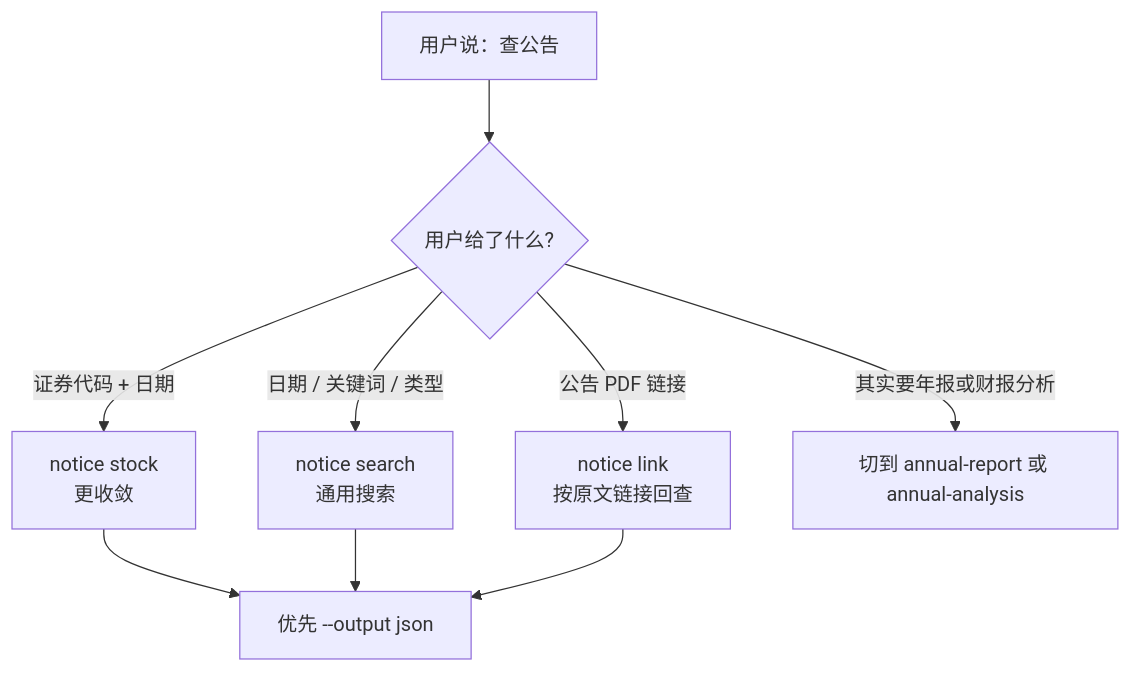
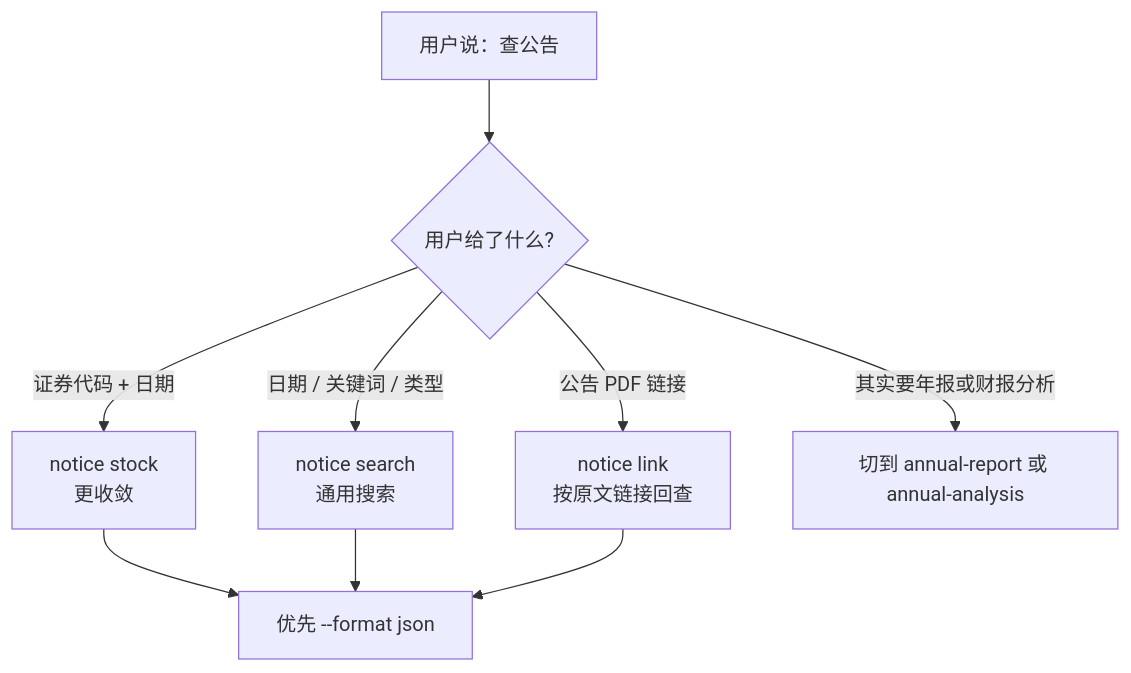
Before and after one commit to memect/clawshire-cli: the fifth of 11 diagrams in docs/api-cli-skills-agent.md, drawn with Mermaid. The commit also changed other lines of this file and 29 other files, not shown here.

````diff
--- a/docs/api-cli-skills-agent.md
+++ b/docs/api-cli-skills-agent.md
@@ -194,11 +194,11 @@
 ```mermaid
 flowchart TD
     Start["用户说：查公告"] --> Input{用户给了什么?}
     Input -->|证券代码 + 日期| Stock["notice stock<br/>更收敛"]
     Input -->|日期 / 关键词 / 类型| Search["notice search<br/>通用搜索"]
     Input -->|公告 PDF 链接| Link["notice link<br/>按原文链接回查"]
     Input -->|其实要年报或财报分析| Switch["切到 annual-report 或 annual-analysis"]
-    Stock --> JSON["优先 --output json"]
+    Stock --> JSON["优先 --format json"]
     Search --> JSON
     Link --> JSON
 ```
````
